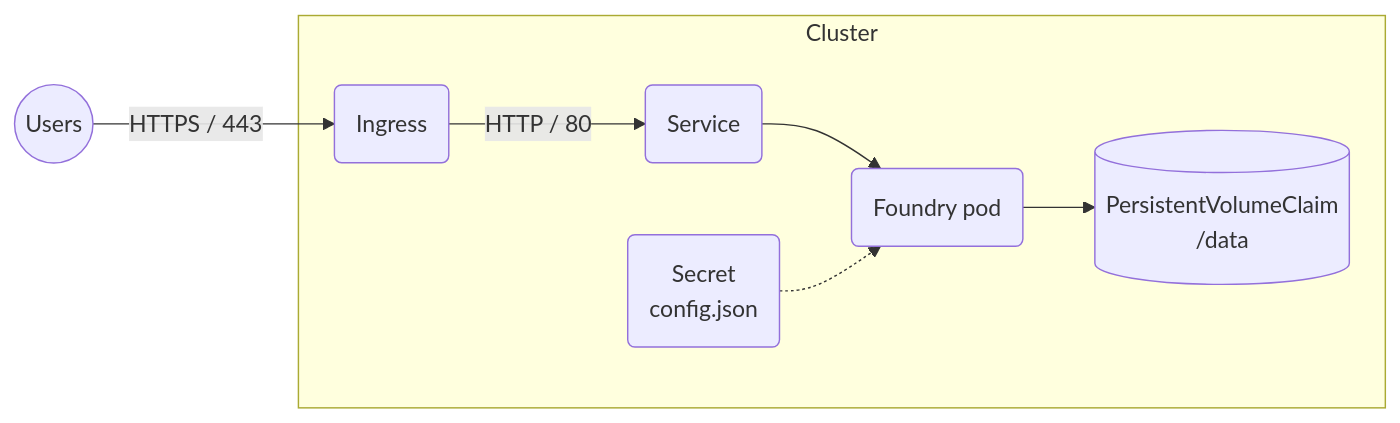
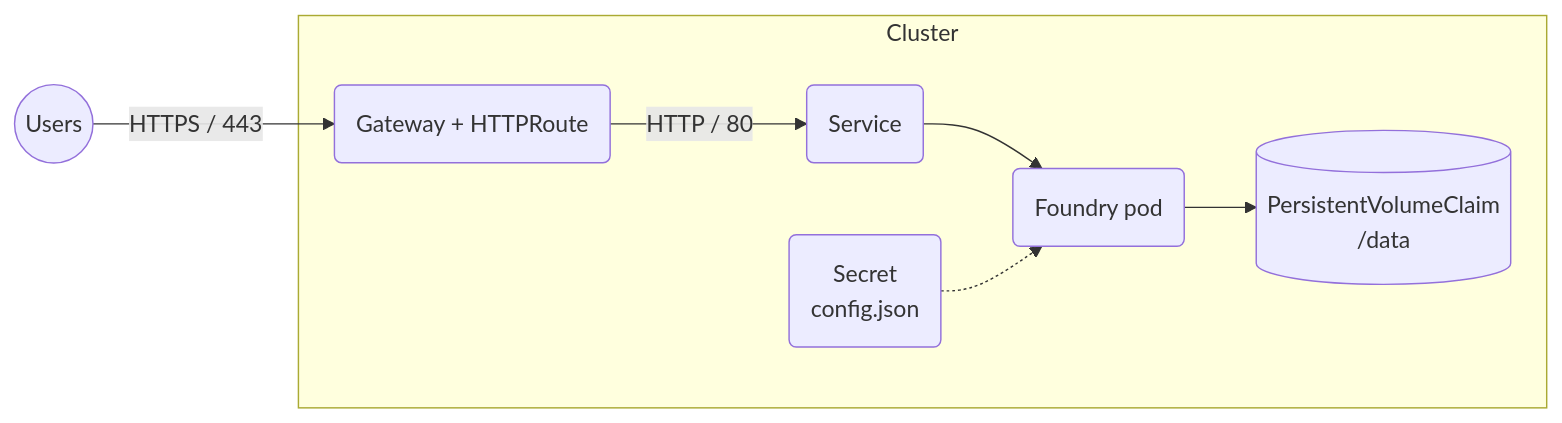
The diagram in docs/deployment/kubernetes/README.md (felddy/foundryvtt-docker), drawn with Mermaid before and after one commit. The commit also changed other lines of this file and 10 other files, not shown here.

````diff
--- a/docs/deployment/kubernetes/README.md
+++ b/docs/deployment/kubernetes/README.md
@@ -21,10 +21,10 @@
 ```mermaid
 graph LR
-    Users((Users)) -->|HTTPS / 443| Ingress
+    Users((Users)) -->|HTTPS / 443| Gateway
     subgraph Cluster
-        Ingress("Ingress") -->|HTTP / 80| Service("Service")
+        Gateway("Gateway + HTTPRoute") -->|HTTP / 80| Service("Service")
         Service --> Pod("Foundry pod")
         Pod --> PVC[("PersistentVolumeClaim<br>/data")]
         Secret("Secret<br>config.json") -.-> Pod
     end
 ```
````
